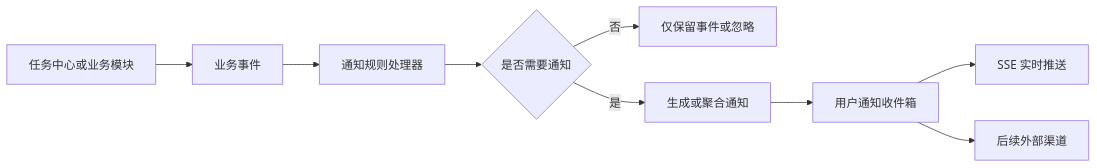
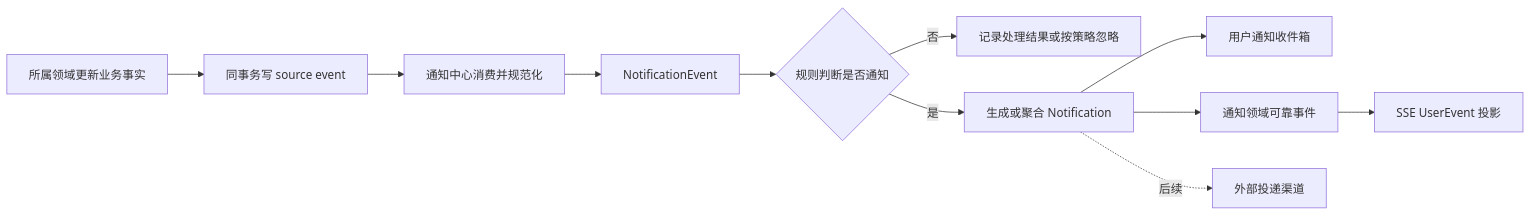
Before and after one commit to wangweihong/omnimam-spec: the second of 4 diagrams in 00_product/domains/notification-center/product-spec.md, drawn with Mermaid. The commit also changed other lines of this file and 16 other files, not shown here.

````diff
--- a/00_product/domains/notification-center/product-spec.md
+++ b/00_product/domains/notification-center/product-spec.md
@@ -123,11 +150,13 @@
 ```mermaid
 flowchart LR
-    A[任务中心或业务模块] --> B[业务事件]
-    B --> C[通知规则处理器]
-    C --> D{是否需要通知}
-    D -->|否| E[仅保留事件或忽略]
-    D -->|是| F[生成或聚合通知]
-    F --> G[用户通知收件箱]
-    G --> H[SSE 实时推送]
-    G --> I[后续外部渠道]
+    A[所属领域更新业务事实] --> B[同事务写 source event]
+    B --> C[通知中心消费并规范化]
+    C --> D[NotificationEvent]
+    D --> E{规则判断是否通知}
+    E -->|否| F[记录处理结果或按策略忽略]
+    E -->|是| G[生成或聚合 Notification]
+    G --> H[用户通知收件箱]
+    G --> I[通知领域可靠事件]
+    I --> J[SSE UserEvent 投影]
+    G -. 后续 .-> K[外部投递渠道]
 ```
````
